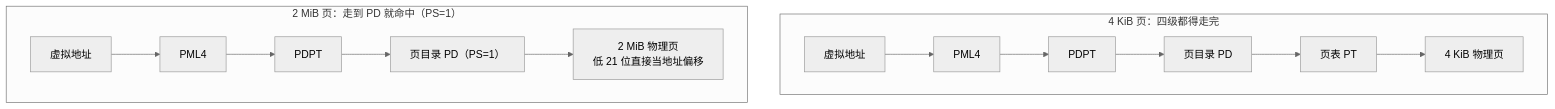
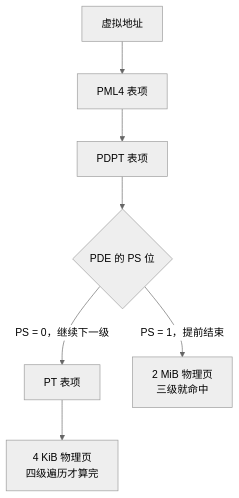
One commit to lnsyyj/lnsyyj.github.io changed the first of 3 diagrams in _posts/2026-10-26-hugepage-spdk.md. Above: the diagram before and after it, drawn with Mermaid (neutral theme). The commit also changed other lines of this file, not shown here.

Commit message:
fix: 三张图改为窄版结构，避免被压缩成不可读的细条

````diff
--- a/_posts/2026-10-26-hugepage-spdk.md
+++ b/_posts/2026-10-26-hugepage-spdk.md
@@ -18,16 +18,9 @@
 ```mermaid
 flowchart TB
-    subgraph SMALL["4 KiB 页：四级都得走完"]
-        A1["虚拟地址"] --> A2["PML4"]
-        A2 --> A3["PDPT"]
-        A3 --> A4["页目录 PD"]
-        A4 --> A5["页表 PT"]
-        A5 --> A6["4 KiB 物理页"]
-    end
-    subgraph BIG["2 MiB 页：走到 PD 就命中（PS=1）"]
-        B1["虚拟地址"] --> B2["PML4"]
-        B2 --> B3["PDPT"]
-        B3 --> B4["页目录 PD（PS=1）"]
-        B4 --> B5["2 MiB 物理页<br/>低 21 位直接当地址偏移"]
-    end
+    VA["虚拟地址"] --> P["PML4 表项"]
+    P --> Q["PDPT 表项"]
+    Q --> R{"PDE 的 PS 位"}
+    R -->|"PS = 0，继续下一级"| S["PT 表项"]
+    S --> T["4 KiB 物理页<br/>四级遍历才算完"]
+    R -->|"PS = 1，提前结束"| U["2 MiB 物理页<br/>三级就命中"]
 ```
````
